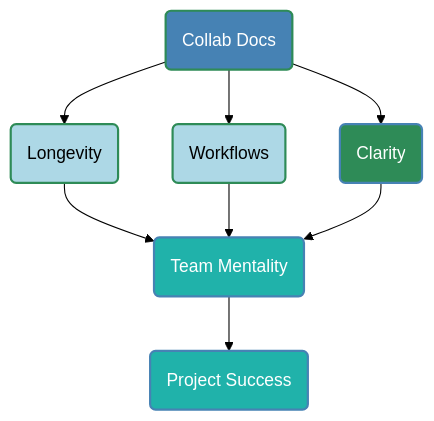
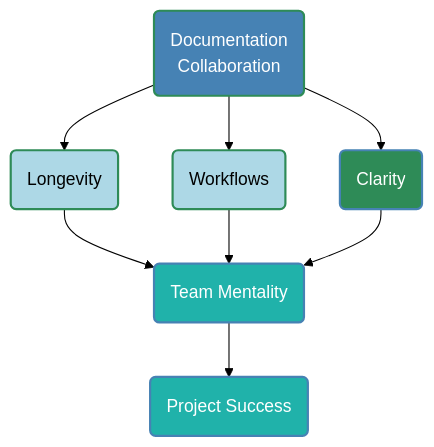
One commit to buckeye43210/markdown-to-snowkb changed diagram 11 of 11 in README.md. Above: the diagram before and after it, drawn with Mermaid (forest theme).

````diff
--- a/README.md
+++ b/README.md
@@ -556,18 +556,18 @@
 ```mermaid
 graph TD
-    A(Collab Docs)
+    A(Documentation<br> Collaboration)
     A --> B(Longevity)
     A --> C(Workflows)
     A --> D(Clarity)
     B --> E(Team Mentality)
     C --> E
     D --> E
     E --> F(Project Success)
 
     style A fill:#4682B4,stroke:#2E8B57,stroke-width:2px,color:#FFFFFF
     style B fill:#ADD8E6,stroke:#2E8B57,stroke-width:2px
     style C fill:#ADD8E6,stroke:#2E8B57,stroke-width:2px
     style D fill:#2E8B57,stroke:#4682B4,stroke-width:2px,color:#FFFFFF
     style E fill:#20B2AA,stroke:#4682B4,stroke-width:2px,color:#FFFFFF
     style F fill:#20B2AA,stroke:#4682B4,stroke-width:2px,color:#FFFFFF
 ```
````
